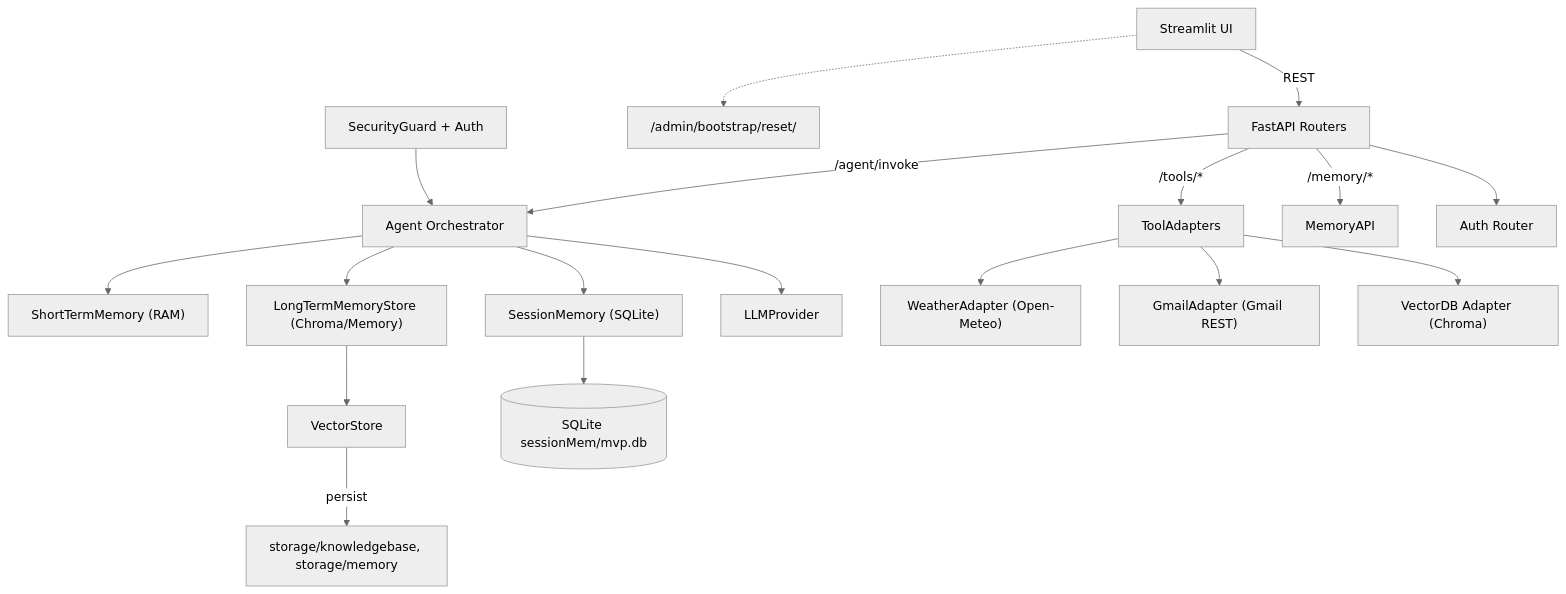
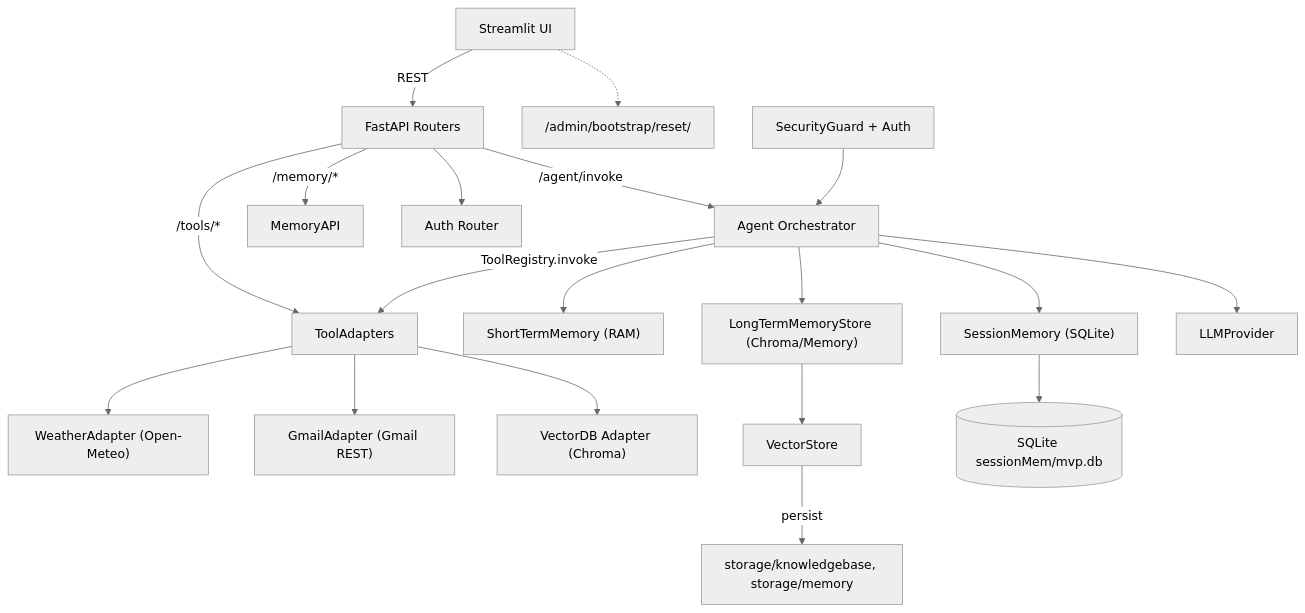
The first of 7 diagrams in design_report.md (JiangXue0820/agentic_ai_chatbot), drawn with Mermaid (neutral theme) before and after one commit. The commit also changed other lines of this file, not shown here.

````diff
--- a/design_report.md
+++ b/design_report.md
@@ -85,20 +85,21 @@
 ```mermaid
 graph TD
     UI[Streamlit UI] -->|REST| API[FastAPI Routers]
     API -->|/agent/invoke| AgentCore[Agent Orchestrator]
     API -->|/tools/*| ToolAdapters
     API -->|/memory/*| MemoryAPI
     AgentCore --> ShortMem["ShortTermMemory (RAM)"]
     AgentCore --> SessionMem["SessionMemory (SQLite)"]
     AgentCore --> LongMem["LongTermMemoryStore (Chroma/Memory)"]
     AgentCore --> IntentLLM["LLMProvider"]
+    AgentCore -- ToolRegistry.invoke --> ToolAdapters
     ToolAdapters --> Weather["WeatherAdapter (Open-Meteo)"]
     ToolAdapters --> Gmail["GmailAdapter (Gmail REST)"]
     ToolAdapters --> VDB["VectorDB Adapter (Chroma)"]
     LongMem --> VectorStore
     SessionMem --> SQLite[(SQLite sessionMem/mvp.db)]
     VectorStore -->|persist| Storage["storage/knowledgebase, storage/memory"]
     UI -.-> AdminAPI["/admin/bootstrap/reset/"]
     Security["SecurityGuard + Auth"] --> AgentCore
     API --> Auth["Auth Router"]
 ```
````
